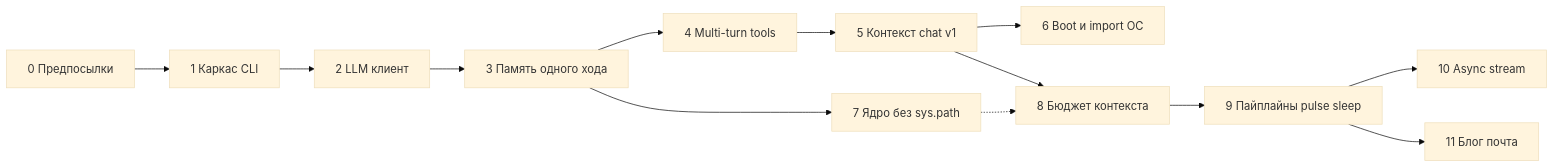
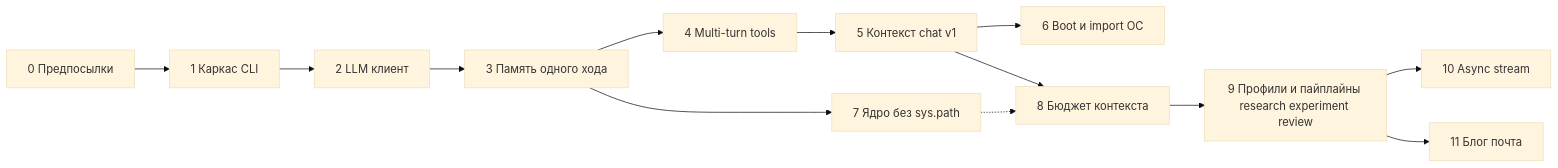
Before and after one commit to TurtleFlyRU/Logos: the diagram in IMPLEMENTATION_PLAN.md, drawn with Mermaid (base theme). The commit also changed other lines of this file and 1 other file, not shown here.

Commit message:
session: пайплайны research/experiment/code_review и подключаемые агенты (профили, backends)

````diff
--- a/IMPLEMENTATION_PLAN.md
+++ b/IMPLEMENTATION_PLAN.md
@@ -158,21 +180,21 @@
 ```mermaid
 flowchart LR
   F0[0 Предпосылки]
   F1[1 Каркас CLI]
   F2[2 LLM клиент]
   F3[3 Память одного хода]
   F4[4 Multi-turn tools]
   F5[5 Контекст chat v1]
   F6[6 Boot и import OC]
   F7[7 Ядро без sys.path]
   F8[8 Бюджет контекста]
-  F9[9 Пайплайны pulse sleep]
+  F9[9 Профили и пайплайны research experiment review]
   F10[10 Async stream]
   F11[11 Блог почта]
   F0 --> F1 --> F2 --> F3 --> F4 --> F5
   F5 --> F6
   F3 --> F7
   F5 --> F8 --> F9 --> F10
   F9 --> F11
   F7 -.-> F8
 ```
````
